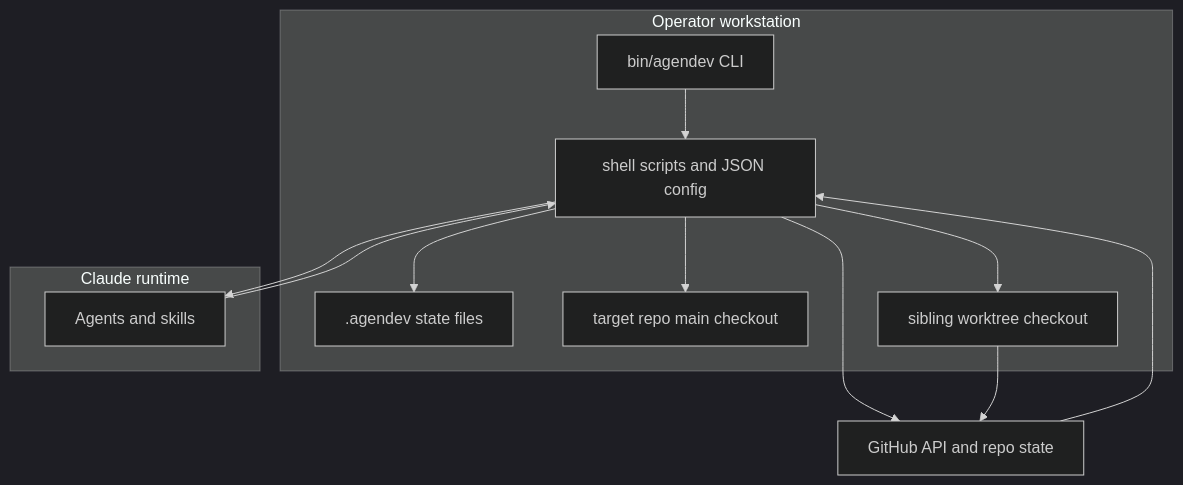
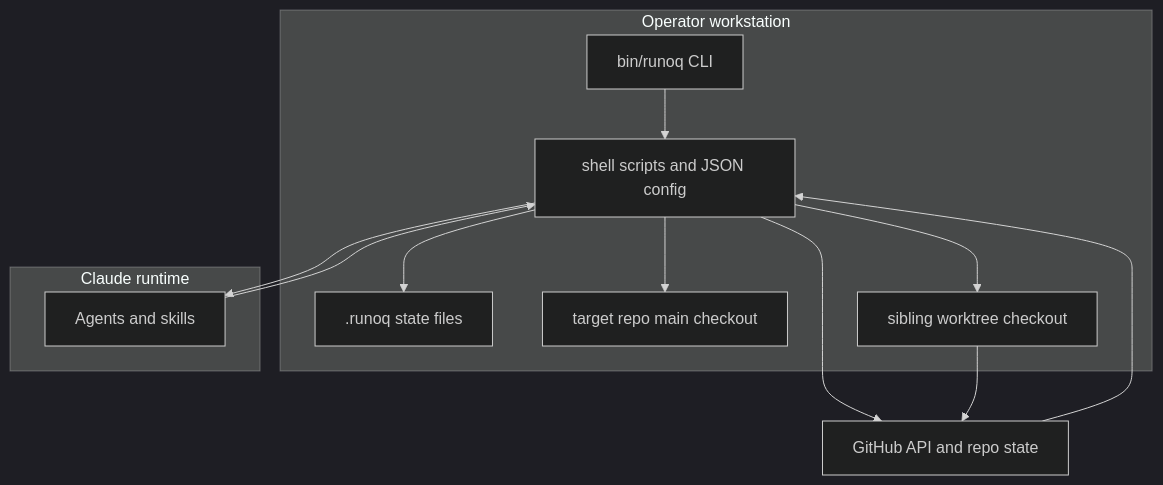
One commit to morhekil/runoq changed the second of 3 diagrams in docs/architecture/overview.md. Above: the diagram before and after it, drawn with Mermaid (dark theme). The commit also changed other lines of this file and 98 other files, not shown here.

Commit message:
rebranding from agendev to runoq

````diff
--- a/docs/architecture/overview.md
+++ b/docs/architecture/overview.md
@@ -40,26 +40,26 @@
 ```mermaid
 flowchart TB
   subgraph operator_env[Operator workstation]
-    cli[bin/agendev CLI]
+    cli[bin/runoq CLI]
     scripts[shell scripts and JSON config]
-    local_state[.agendev state files]
+    local_state[.runoq state files]
     target_repo[target repo main checkout]
     worktree_repo[sibling worktree checkout]
   end
 
   subgraph agent_env[Claude runtime]
     agents[Agents and skills]
   end
 
   github[GitHub API and repo state]
 
   cli --> scripts
   scripts --> local_state
   scripts --> target_repo
   scripts --> worktree_repo
   scripts --> github
   scripts --> agents
   agents --> scripts
   worktree_repo --> github
   github --> scripts
 ```
````
